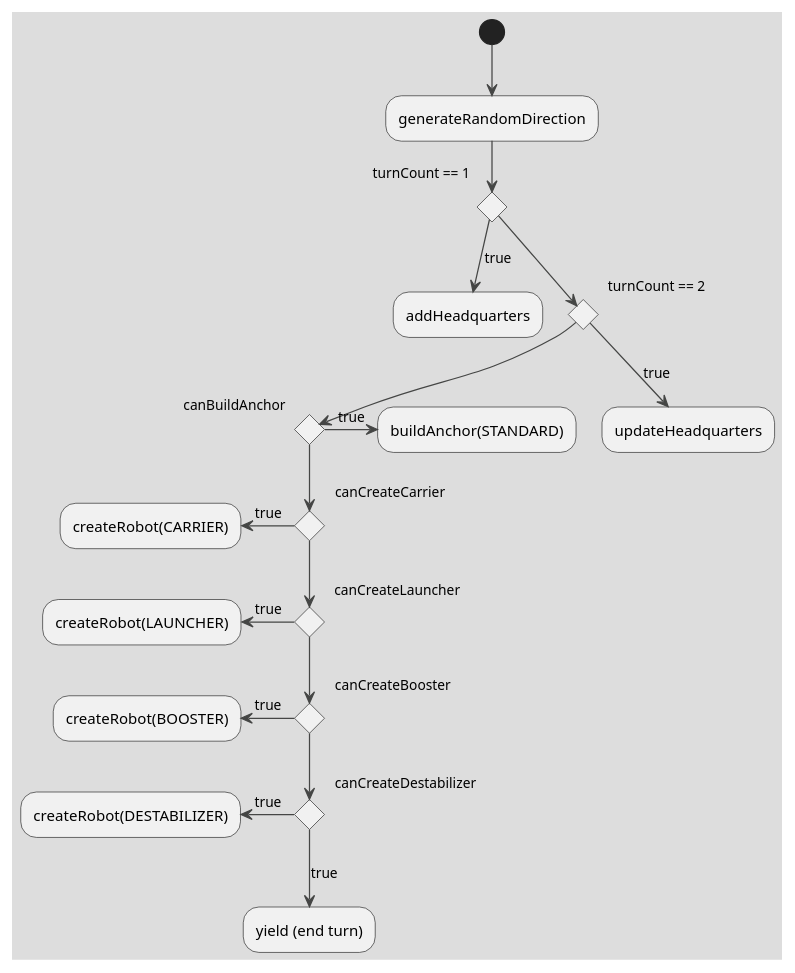
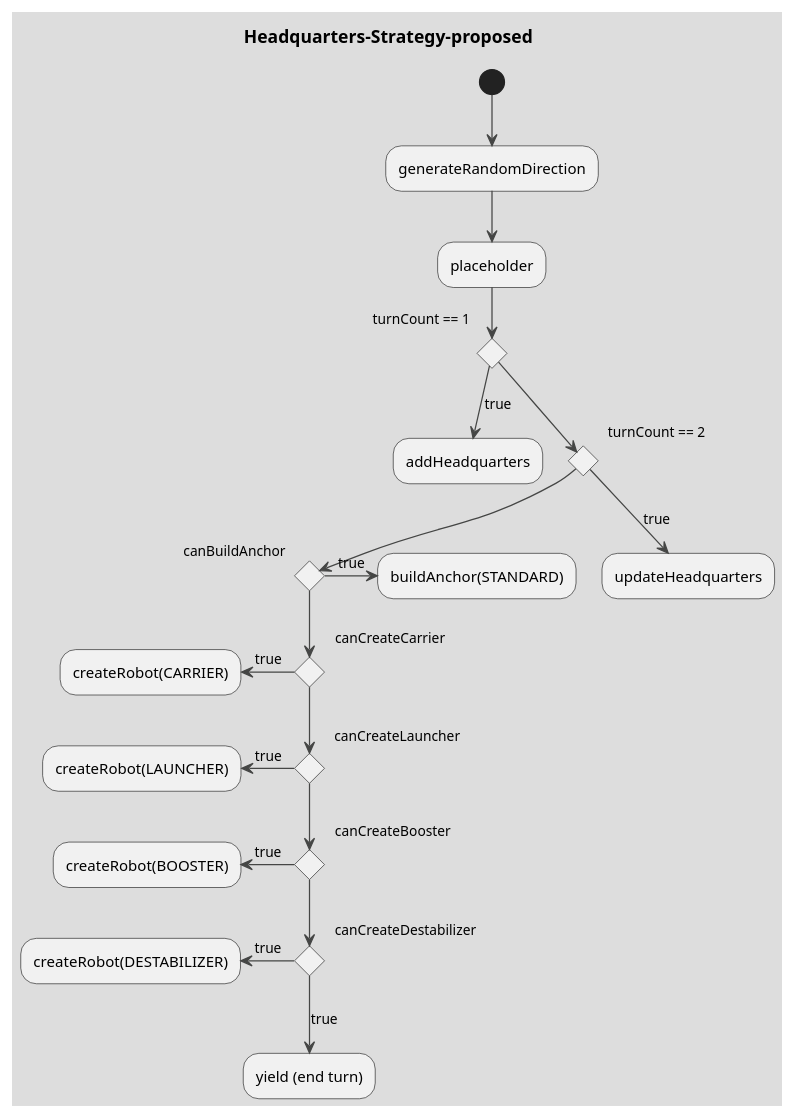
The diagram in drawings/Headquarters-Strategy-proposed.puml (coding-to-music/plantuml-diagram-examples), drawn with PlantUML before and after one commit. The commit also changed 4 other files, not shown here.

```diff
--- a/drawings/Headquarters-Strategy-proposed.puml
+++ b/drawings/Headquarters-Strategy-proposed.puml
@@ -1,60 +1,83 @@
 @startuml "Headquarters-Strategy-proposed"
+title Headquarters-Strategy-proposed
+
+' allowmixing;
 
 !theme toy 
 
 (*) --> "generateRandomDirection"
+
+' if (Test Question?) then (yes)
+' 'space label only for alignment
+' label sp_lab0
+' label sp_lab1
+' 'real label
+' label lab
+' :shared;
+' else (no)
+' if (Second Test Question?) then (yes)
+' label sp_lab2
+' goto sp_lab1
+' else
+' :nonShared;
+' endif
+' endif
+' :merge;
+
+--> "placeholder"
+
 if "turnCount == 1" then
   -->[true] "addHeadquarters" as a1
 else
   if "turnCount == 2" then
     -->[true] "updateHeadquarters" as a3
   else
     if "canBuildAnchor" then
       -left->[true] "buildAnchor(STANDARD)"
     else
       ' while ("numFleetAmplifiersBuilt != 2")
           ' while ("canCreateAmplifier") 
             ' :Build Amplifier;            
           ' endwhile  
       ' endwhile  
       ' detach
       if "canCreateCarrier" then
         -left->[true] "createRobot(CARRIER)"
       else
         if "canCreateLauncher" then
           -left->[true] "createRobot(LAUNCHER)"
         else
           if "canCreateBooster" then
             -left->[true] "createRobot(BOOSTER)"
           else
             if "canCreateDestabilizer" then
               -left->[true] "createRobot(DESTABILIZER)"
             else
               -->[true] "yield (end turn)"
             endif
           endif
         endif
       endif
     endif
   endif
 endif
 
 
 ' <style>
 ' .stereo {
 '   BackgroundColor palegreen
 ' }
 ' </style>
 ' << stereo >>
 
 ' else
 
 '   ->[false] "action 2"
 
 
 ' a3 --> if "last test" then
 '   --> "action 7"
 ' else
 '   -> "action 8"
 ' endif
 @enduml
```
